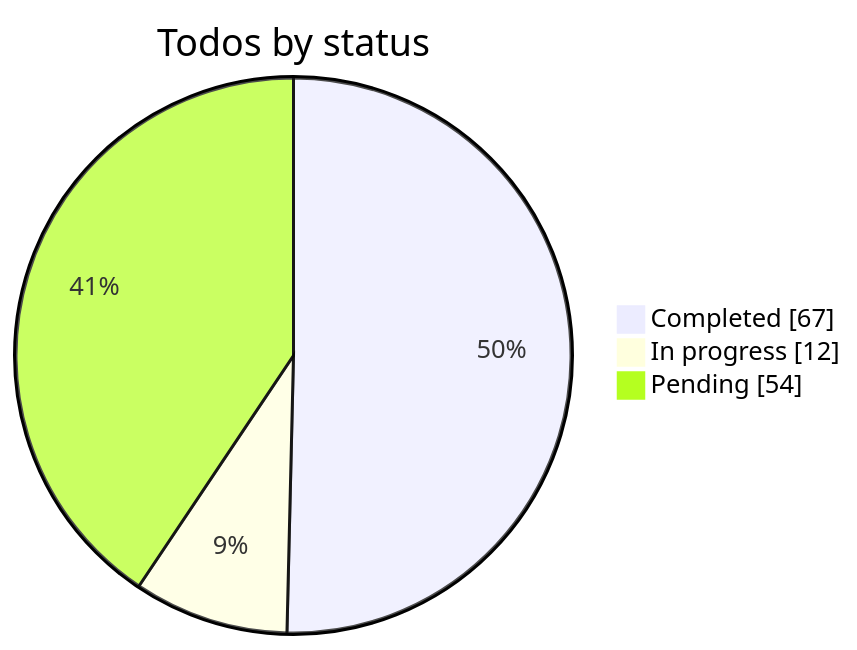
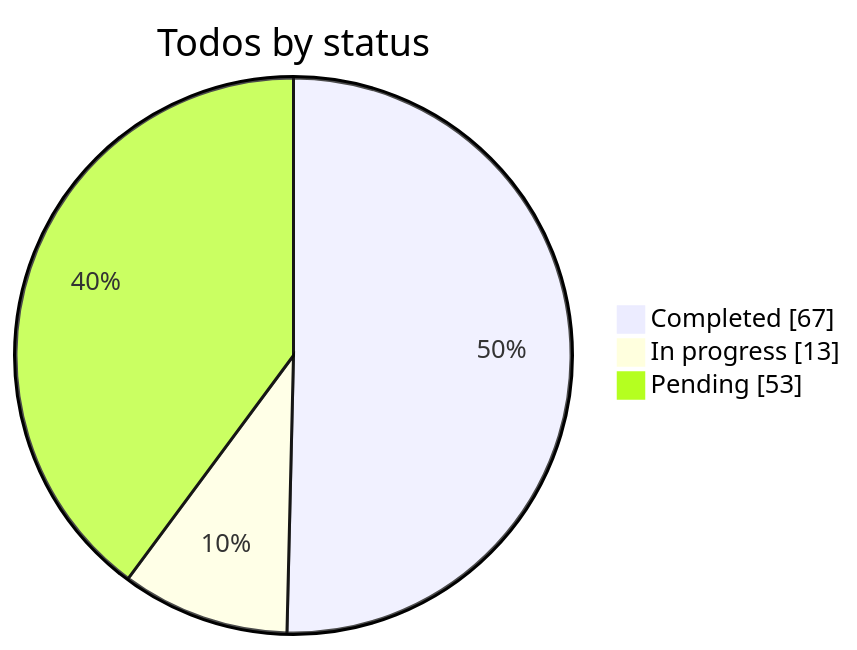
One commit to KantaPaul/next-cms changed the diagram in .cursor/plans/custom_builder_engine_refs.plan.md. Above: the diagram before and after it, drawn with Mermaid. The commit also changed other lines of this file and 1 other file, not shown here.

````diff
--- a/.cursor/plans/custom_builder_engine_refs.plan.md
+++ b/.cursor/plans/custom_builder_engine_refs.plan.md
@@ -427,6 +427,6 @@
 ```mermaid
 pie showData title Todos by status
   "Completed" : 67
-  "In progress" : 12
-  "Pending" : 54
+  "In progress" : 13
+  "Pending" : 53
 ```
````
